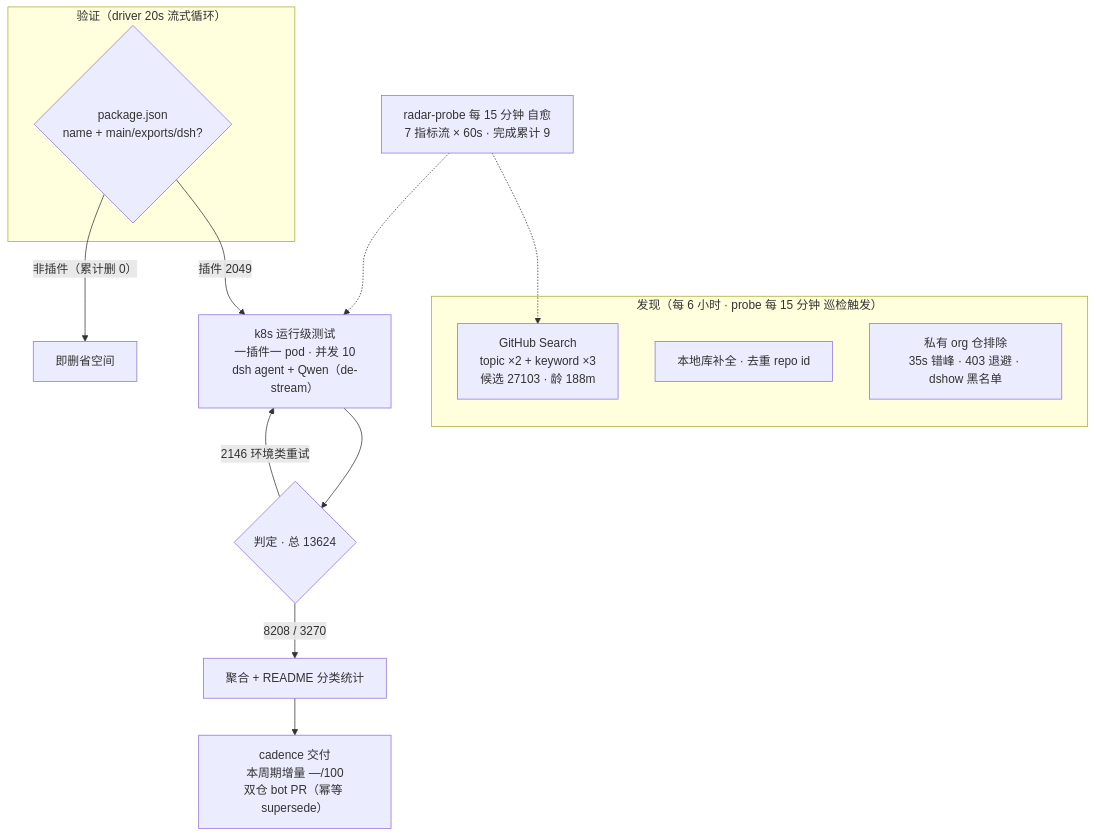
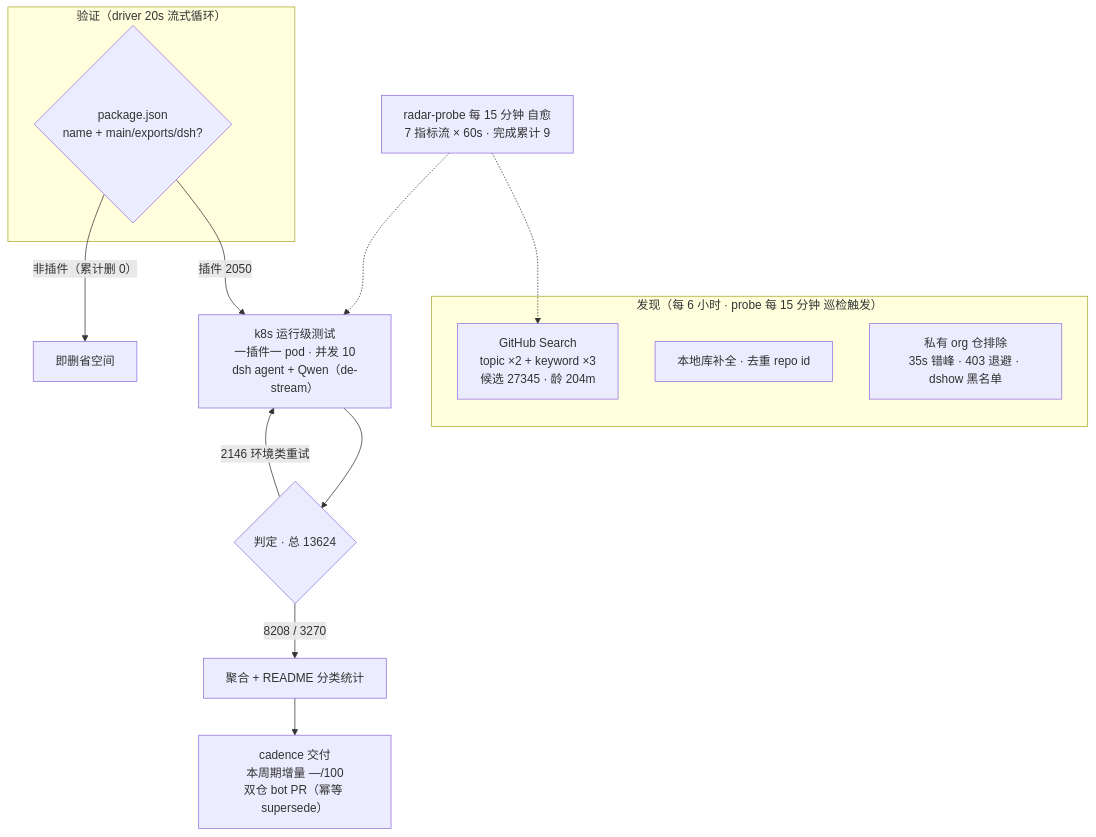
One commit to Zhidao-Lab-OSS/awesome-dsh-plugins changed the diagram in README.md. Above: the diagram before and after it, drawn with Mermaid. The commit also changed other lines of this file and 1 other file, not shown here.

````diff
--- a/README.md
+++ b/README.md
@@ -54,20 +54,20 @@
 ```mermaid
 flowchart TB
     subgraph Discovery["发现（每 6 小时 · probe 每 15 分钟 巡检触发）"]
-        A1["GitHub Search<br/>topic ×2 + keyword ×3<br/>候选 27103 · 龄 188m"]
+        A1["GitHub Search<br/>topic ×2 + keyword ×3<br/>候选 27345 · 龄 204m"]
         A2["本地库补全 · 去重 repo id"]
         A3["私有 org 仓排除<br/>35s 错峰 · 403 退避 · dshow 黑名单"]
     end
     subgraph Validation["验证（driver 20s 流式循环）"]
         B1{"package.json<br/>name + main/exports/dsh?"}
     end
-    B1 -->|"插件 2049"| C1["k8s 运行级测试<br/>一插件一 pod · 并发 10<br/>dsh agent + Qwen（de-stream）"]
+    B1 -->|"插件 2050"| C1["k8s 运行级测试<br/>一插件一 pod · 并发 10<br/>dsh agent + Qwen（de-stream）"]
     B1 -->|"非插件（累计删 0）"| B3["即删省空间"]
     C1 --> D1{"判定 · 总 13624"}
     D1 -->|"8208 / 3270"| E1["聚合 + README 分类统计"]
     D1 -->|"2146 环境类重试"| C1
     E1 --> E2["cadence 交付<br/>本周期增量 —/100<br/>双仓 bot PR（幂等 supersede）"]
     M["radar-probe 每 15 分钟 自愈<br/>7 指标流 × 60s · 完成累计 9"]
     M -.-> A1
     M -.-> C1
 ```
````
